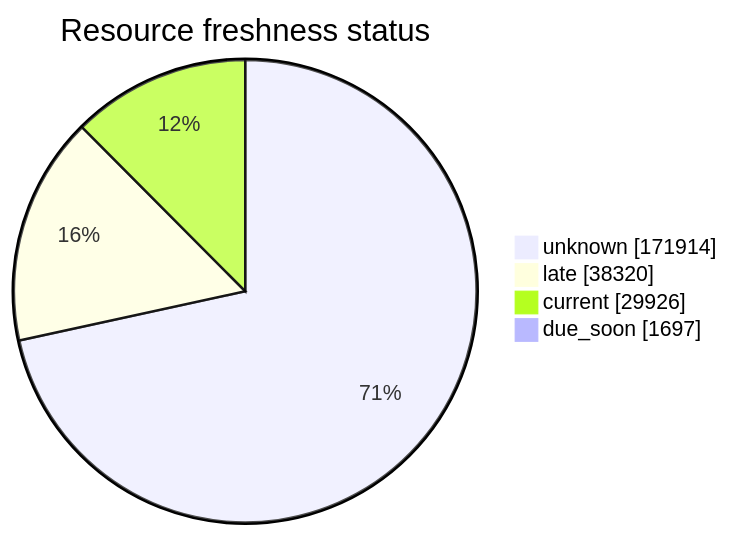
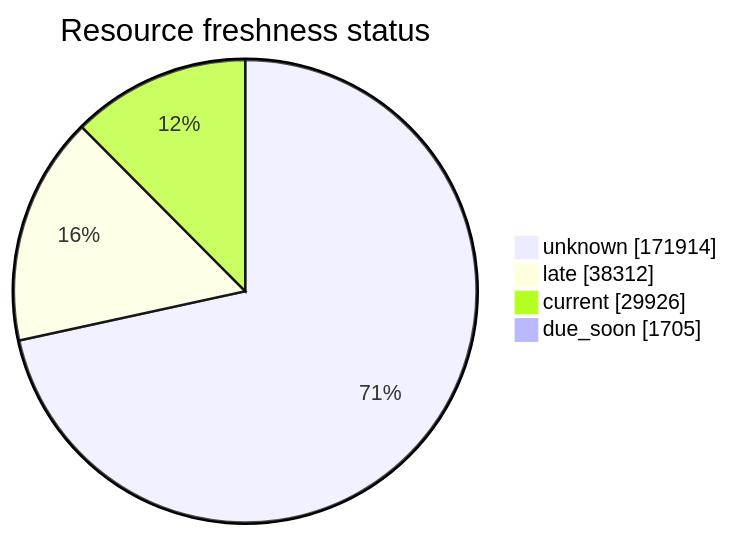
One commit to open-data/analytics-corporate-reporting changed the third of 5 diagrams in FreshCheck/README.md. Above: the diagram before and after it, drawn with Mermaid. The commit also changed other lines of this file and 3 other files, not shown here.

````diff
--- a/FreshCheck/README.md
+++ b/FreshCheck/README.md
@@ -77,7 +77,7 @@
 ```mermaid
 pie showData title Resource freshness status
     "unknown": 171914
-    "late": 38320
+    "late": 38312
     "current": 29926
-    "due_soon": 1697
+    "due_soon": 1705
 ```
````
